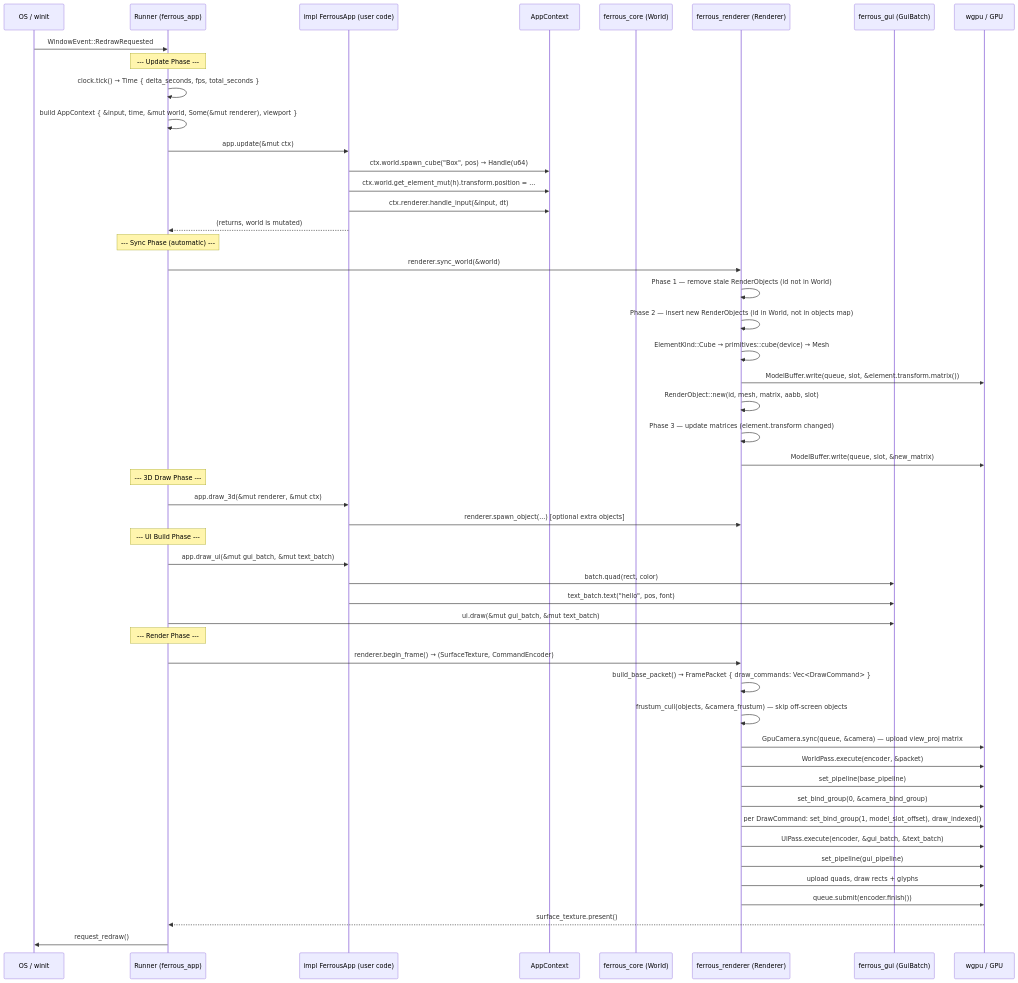
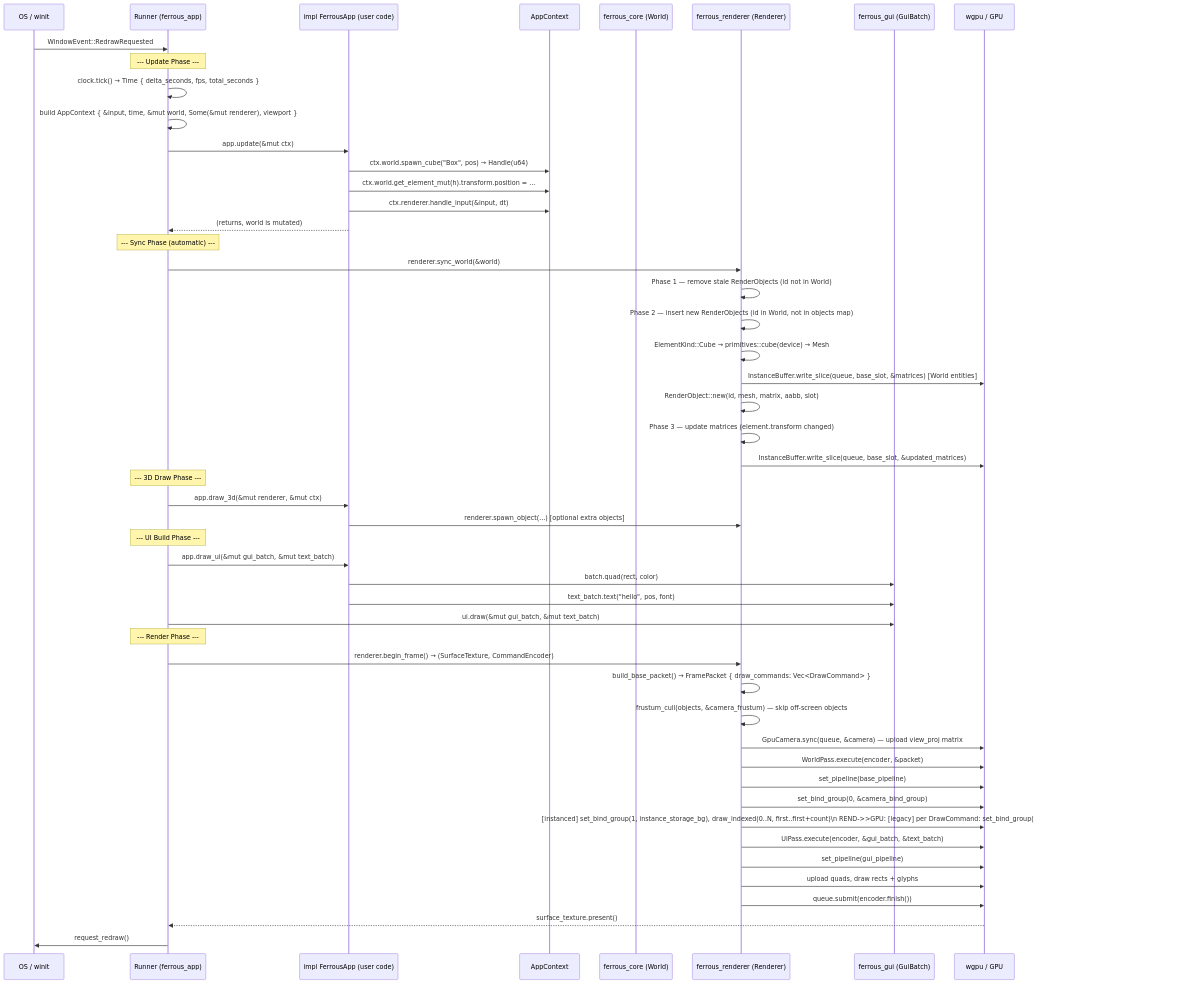
Before and after one commit to jvchiappini/FerrousEngine: the first of 5 diagrams in flowmaps/frame-loop.md, drawn with Mermaid. The commit also changed other lines of this file and 18 other files, not shown here.

````diff
--- a/flowmaps/frame-loop.md
+++ b/flowmaps/frame-loop.md
@@ -9,58 +9,58 @@
 ```mermaid
 sequenceDiagram
     participant OS  as OS / winit
     participant RUN as Runner (ferrous_app)
     participant APP as impl FerrousApp (user code)
     participant CTX as AppContext
     participant CORE as ferrous_core (World)
     participant REND as ferrous_renderer (Renderer)
     participant GUI as ferrous_gui (GuiBatch)
     participant GPU as wgpu / GPU
 
     OS->>RUN: WindowEvent::RedrawRequested
 
     Note over RUN: --- Update Phase ---
     RUN->>RUN: clock.tick() → Time { delta_seconds, fps, total_seconds }
     RUN->>RUN: build AppContext { &input, time, &mut world, Some(&mut renderer), viewport }
     RUN->>APP: app.update(&mut ctx)
     APP->>CTX: ctx.world.spawn_cube("Box", pos) → Handle(u64)
     APP->>CTX: ctx.world.get_element_mut(h).transform.position = ...
     APP->>CTX: ctx.renderer.handle_input(&input, dt)
     APP-->>RUN: (returns, world is mutated)
 
     Note over RUN: --- Sync Phase (automatic) ---
     RUN->>REND: renderer.sync_world(&world)
     REND->>REND: Phase 1 — remove stale RenderObjects (id not in World)
     REND->>REND: Phase 2 — insert new RenderObjects (id in World, not in objects map)
     REND->>REND:   ElementKind::Cube → primitives::cube(device) → Mesh
-    REND->>GPU:   ModelBuffer.write(queue, slot, &element.transform.matrix())
+    REND->>GPU:   InstanceBuffer.write_slice(queue, base_slot, &matrices) [World entities]
     REND->>REND:   RenderObject::new(id, mesh, matrix, aabb, slot)
     REND->>REND: Phase 3 — update matrices (element.transform changed)
-    REND->>GPU:   ModelBuffer.write(queue, slot, &new_matrix)
+    REND->>GPU:   InstanceBuffer.write_slice(queue, base_slot, &updated_matrices)
 
     Note over RUN: --- 3D Draw Phase ---
     RUN->>APP: app.draw_3d(&mut renderer, &mut ctx)
     APP->>REND: renderer.spawn_object(...)  [optional extra objects]
 
     Note over RUN: --- UI Build Phase ---
     RUN->>APP: app.draw_ui(&mut gui_batch, &mut text_batch)
     APP->>GUI: batch.quad(rect, color)
     APP->>GUI: text_batch.text("hello", pos, font)
     RUN->>GUI: ui.draw(&mut gui_batch, &mut text_batch)
 
     Note over RUN: --- Render Phase ---
     RUN->>REND: renderer.begin_frame() → (SurfaceTexture, CommandEncoder)
     REND->>REND: build_base_packet() → FramePacket { draw_commands: Vec<DrawCommand> }
     REND->>REND:   frustum_cull(objects, &camera_frustum) — skip off-screen objects
     REND->>GPU: GpuCamera.sync(queue, &camera) — upload view_proj matrix
     REND->>GPU: WorldPass.execute(encoder, &packet)
     REND->>GPU:   set_pipeline(base_pipeline)
     REND->>GPU:   set_bind_group(0, &camera_bind_group)
-    REND->>GPU:   per DrawCommand: set_bind_group(1, model_slot_offset), draw_indexed()
+    REND->>GPU:   [instanced] set_bind_group(1, instance_storage_bg), draw_indexed(0..N, first..first+count)\n    REND->>GPU:   [legacy]    per DrawCommand: set_bind_group(1, model_slot_offset), draw_indexed(0..N, 0..1)
     REND->>GPU: UiPass.execute(encoder, &gui_batch, &text_batch)
     REND->>GPU:   set_pipeline(gui_pipeline)
     REND->>GPU:   upload quads, draw rects + glyphs
     REND->>GPU: queue.submit(encoder.finish())
     GPU-->>RUN: surface_texture.present()
     RUN->>OS: request_redraw()
 ```
````
